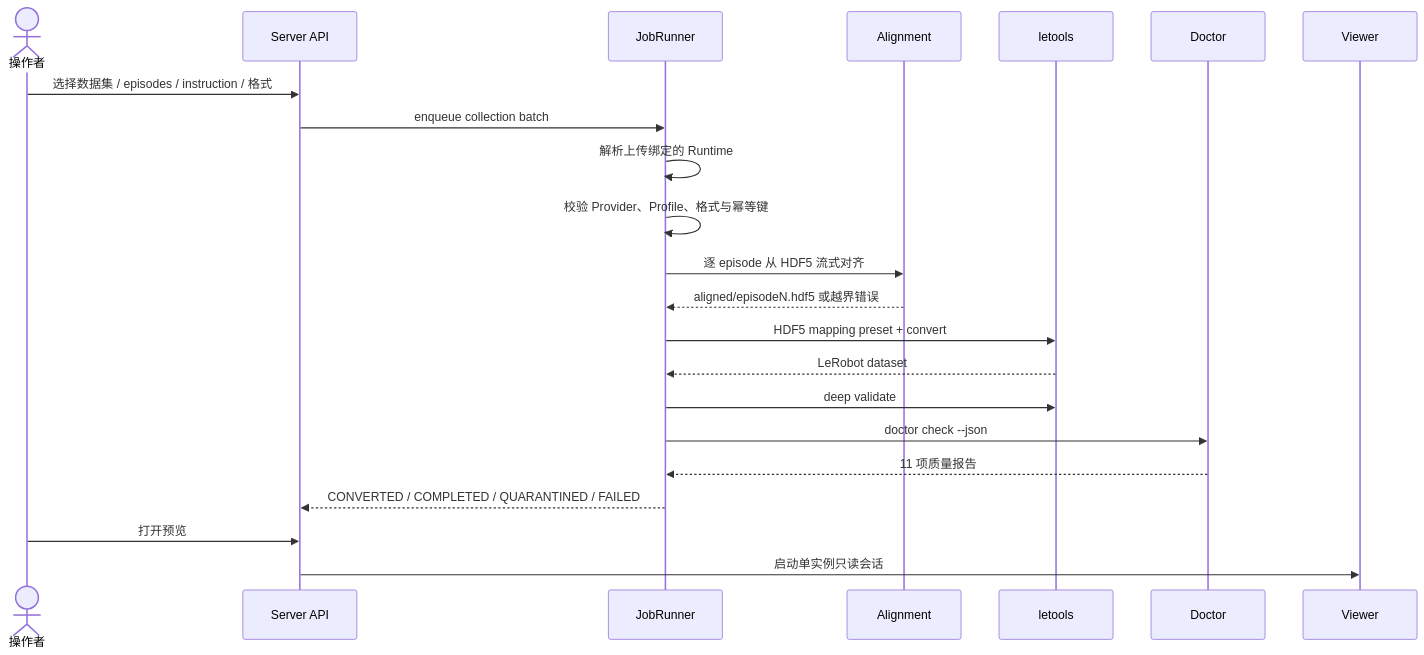
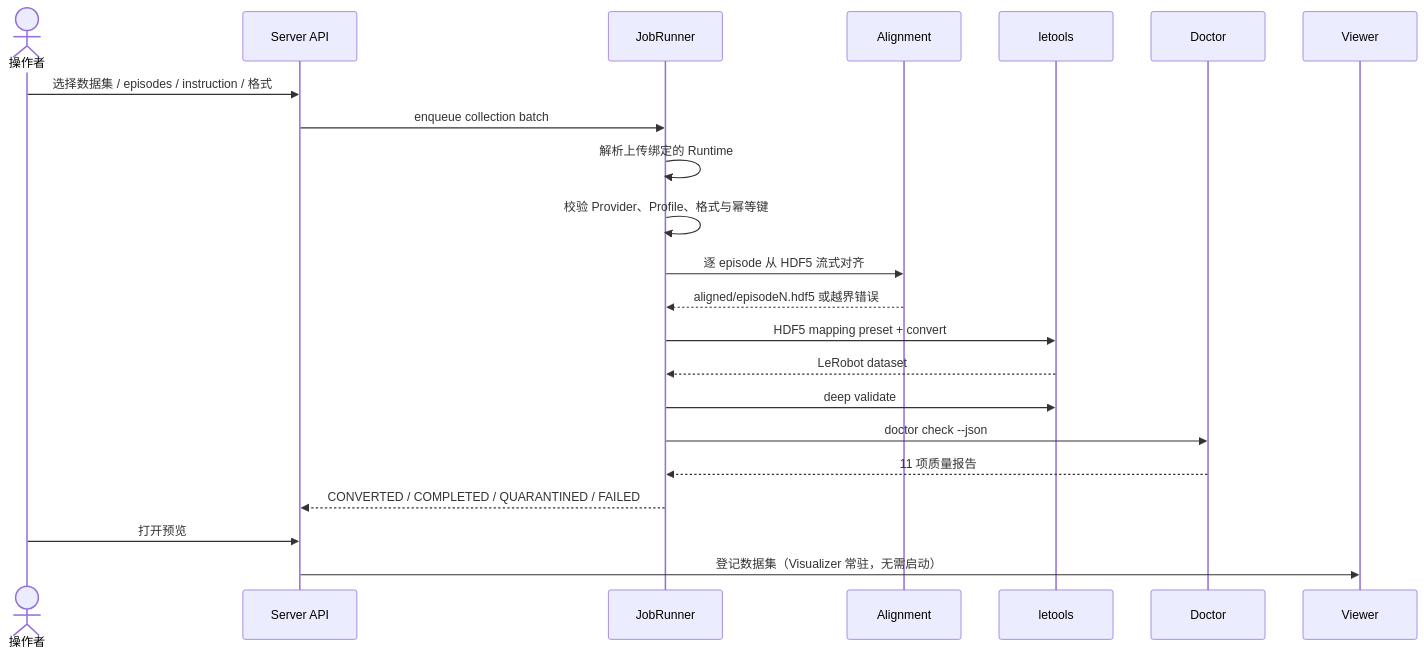
Before and after one commit to TxTxxx/Bodypipeline: the third of 3 diagrams in docs/architecture.md, drawn with Mermaid. The commit also changed other lines of this file and 18 other files, not shown here.

````diff
--- a/docs/architecture.md
+++ b/docs/architecture.md
@@ -157,25 +157,25 @@
 ```mermaid
 sequenceDiagram
     actor U as 操作者
     participant S as Server API
     participant J as JobRunner
     participant A as Alignment
     participant L as letools
     participant D as Doctor
     participant V as Viewer
 
     U->>S: 选择数据集 / episodes / instruction / 格式
     S->>J: enqueue collection batch
     J->>J: 解析上传绑定的 Runtime
     J->>J: 校验 Provider、Profile、格式与幂等键
     J->>A: 逐 episode 从 HDF5 流式对齐
     A-->>J: aligned/episodeN.hdf5 或越界错误
     J->>L: HDF5 mapping preset + convert
     L-->>J: LeRobot dataset
     J->>L: deep validate
     J->>D: doctor check --json
     D-->>J: 11 项质量报告
     J-->>S: CONVERTED / COMPLETED / QUARANTINED / FAILED
     U->>S: 打开预览
-    S->>V: 启动单实例只读会话
+    S->>V: 登记数据集（Visualizer 常驻，无需启动）
 ```
````
